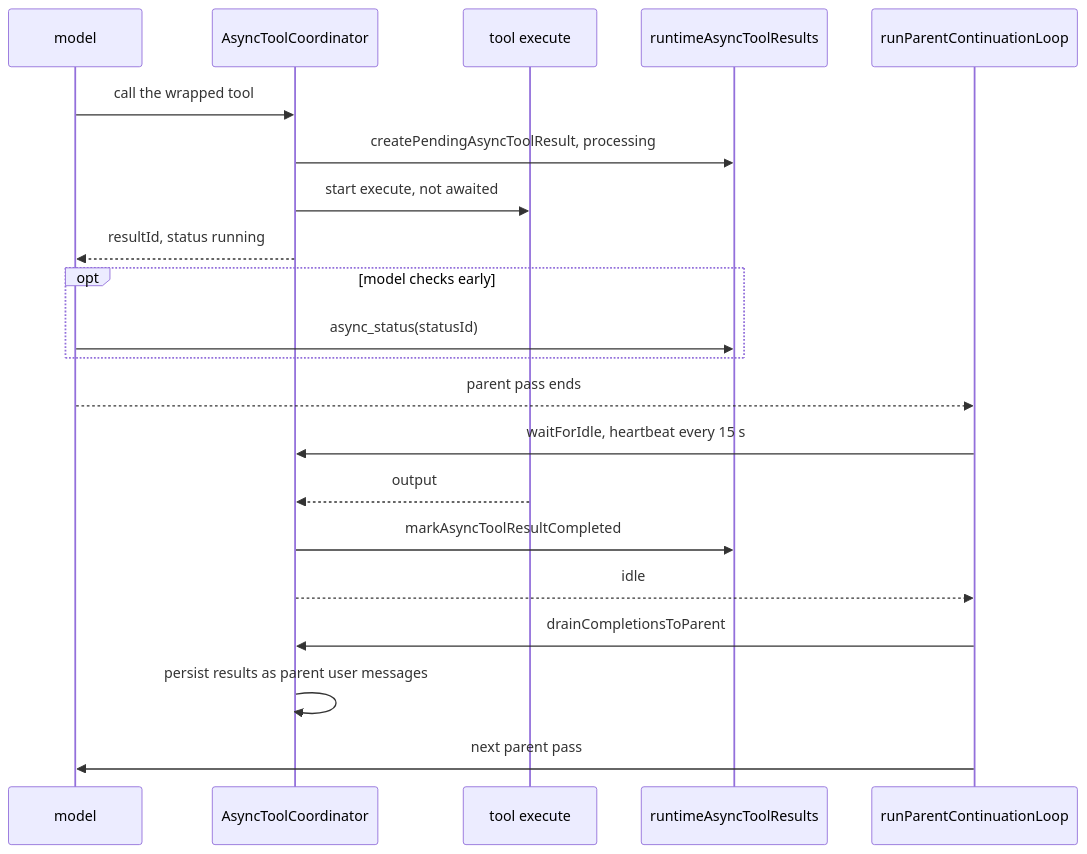
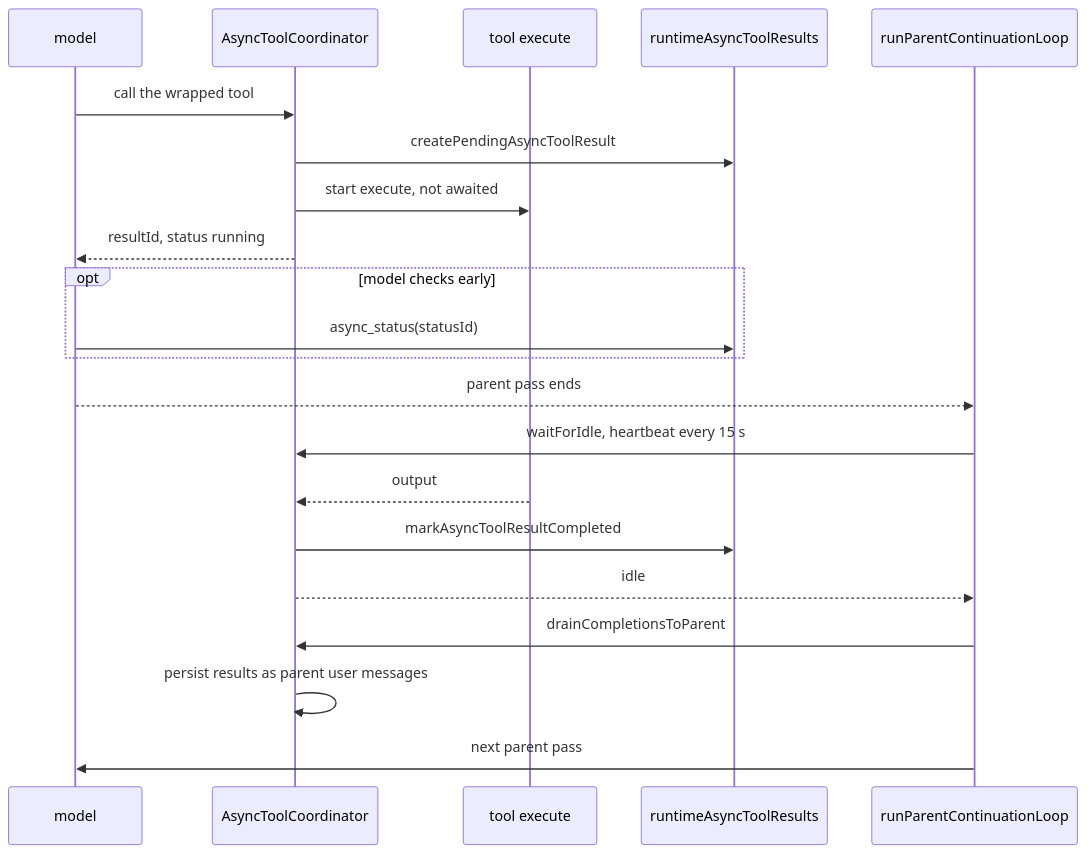
One commit to beeblastco/broods changed the third of 9 diagrams in apps/docs/docs/internals/tools-and-mcp.md. Above: the diagram before and after it, drawn with Mermaid. The commit also changed other lines of this file and 22 other files, not shown here.

First line of the commit message:
docs: fold the Cloudflare pages into their sections, rewrite internals diagram-first (#1010)

````diff
--- a/apps/docs/docs/internals/tools-and-mcp.md
+++ b/apps/docs/docs/internals/tools-and-mcp.md
@@ -39,24 +89,24 @@
 ```mermaid
 sequenceDiagram
   participant M as model
   participant A as AsyncToolCoordinator
   participant T as tool execute
   participant CV as runtimeAsyncToolResults
   participant L as runParentContinuationLoop
 
   M->>A: call the wrapped tool
-  A->>CV: createPendingAsyncToolResult, processing
+  A->>CV: createPendingAsyncToolResult
   A->>T: start execute, not awaited
   A-->>M: resultId, status running
   opt model checks early
     M->>CV: async_status(statusId)
   end
   M-->>L: parent pass ends
   L->>A: waitForIdle, heartbeat every 15 s
   T-->>A: output
   A->>CV: markAsyncToolResultCompleted
   A-->>L: idle
   L->>A: drainCompletionsToParent
   A->>A: persist results as parent user messages
   L->>M: next parent pass
 ```
````
